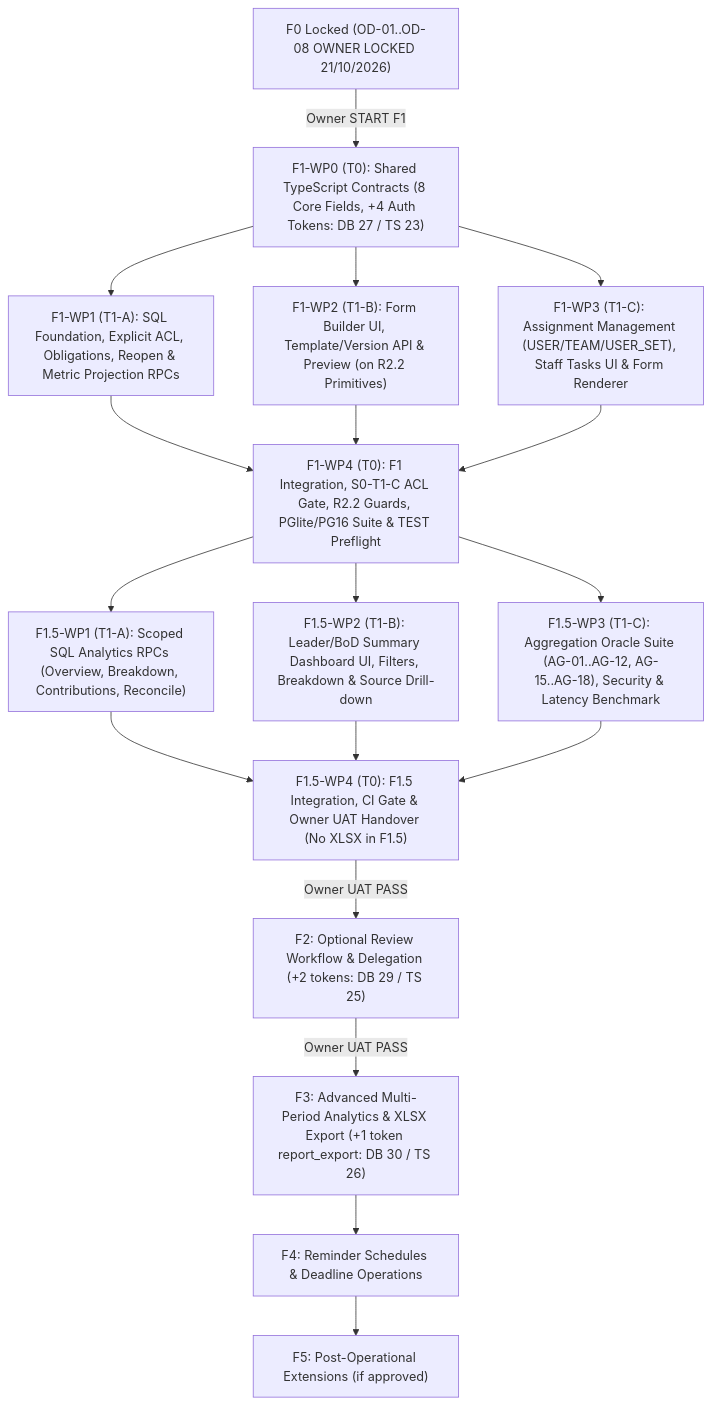
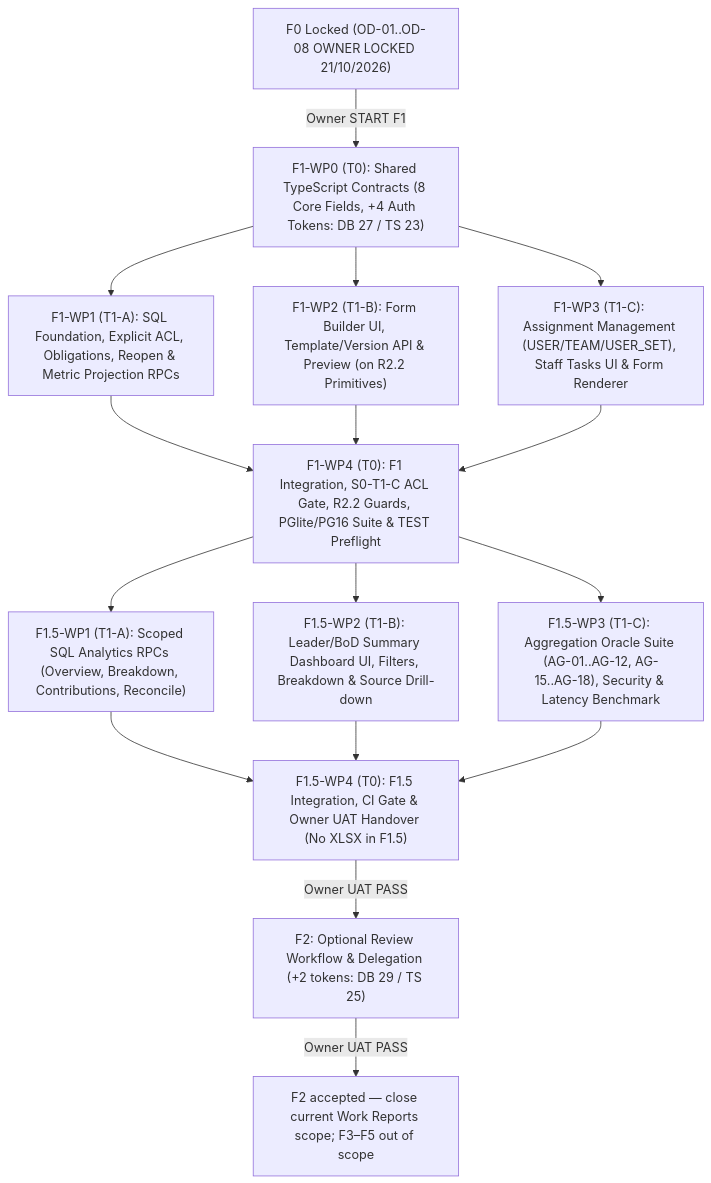
One commit to nobita6986/mini-bi changed the diagram in docs/work-reports/F0-execution-roadmap.md. Above: the diagram before and after it, drawn with Mermaid. The commit also changed other lines of this file and 7 other files, not shown here.

````diff
--- a/docs/work-reports/F0-execution-roadmap.md
+++ b/docs/work-reports/F0-execution-roadmap.md
@@ -14,20 +15,18 @@
 ```mermaid
 flowchart TD
     F0["F0 Locked (OD-01..OD-08 OWNER LOCKED 21/10/2026)"] -->|"Owner START F1"| F1_WP0["F1-WP0 (T0): Shared TypeScript Contracts (8 Core Fields, +4 Auth Tokens: DB 27 / TS 23)"]
     F1_WP0 --> F1_WP1["F1-WP1 (T1-A): SQL Foundation, Explicit ACL, Obligations, Reopen & Metric Projection RPCs"]
     F1_WP0 --> F1_WP2["F1-WP2 (T1-B): Form Builder UI, Template/Version API & Preview (on R2.2 Primitives)"]
     F1_WP0 --> F1_WP3["F1-WP3 (T1-C): Assignment Management (USER/TEAM/USER_SET), Staff Tasks UI & Form Renderer"]
     F1_WP1 --> F1_WP4["F1-WP4 (T0): F1 Integration, S0-T1-C ACL Gate, R2.2 Guards, PGlite/PG16 Suite & TEST Preflight"]
     F1_WP2 --> F1_WP4
     F1_WP3 --> F1_WP4
     F1_WP4 --> F15_WP1["F1.5-WP1 (T1-A): Scoped SQL Analytics RPCs (Overview, Breakdown, Contributions, Reconcile)"]
     F1_WP4 --> F15_WP2["F1.5-WP2 (T1-B): Leader/BoD Summary Dashboard UI, Filters, Breakdown & Source Drill-down"]
     F1_WP4 --> F15_WP3["F1.5-WP3 (T1-C): Aggregation Oracle Suite (AG-01..AG-12, AG-15..AG-18), Security & Latency Benchmark"]
     F15_WP1 --> F15_WP4["F1.5-WP4 (T0): F1.5 Integration, CI Gate & Owner UAT Handover (No XLSX in F1.5)"]
     F15_WP2 --> F15_WP4
     F15_WP3 --> F15_WP4
     F15_WP4 -->|"Owner UAT PASS"| F2["F2: Optional Review Workflow & Delegation (+2 tokens: DB 29 / TS 25)"]
-    F2 -->|"Owner UAT PASS"| F3["F3: Advanced Multi-Period Analytics & XLSX Export (+1 token report_export: DB 30 / TS 26)"]
-    F3 --> F4["F4: Reminder Schedules & Deadline Operations"]
-    F4 --> F5["F5: Post-Operational Extensions (if approved)"]
+    F2 -->|"Owner UAT PASS"| F2_DONE["F2 accepted — close current Work Reports scope; F3–F5 out of scope"]
 ```
````
